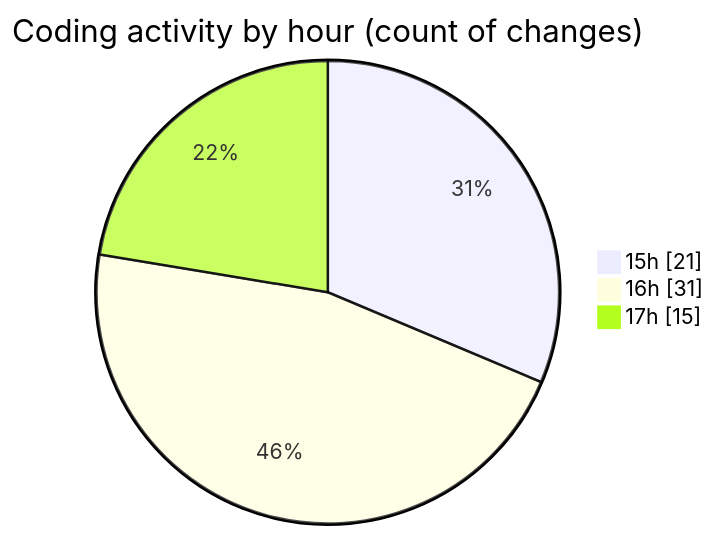
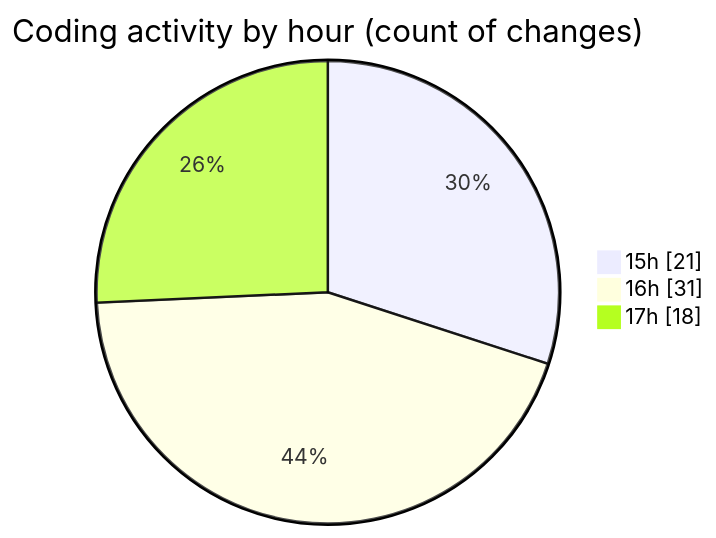
Before and after one commit to NitaiMahat/code-tracking: the second of 2 diagrams in 2025-01-26/results-summary-component-main/README.md, drawn with Mermaid. The commit also changed other lines of this file and 1 other file, not shown here.

````diff
--- a/2025-01-26/results-summary-component-main/README.md
+++ b/2025-01-26/results-summary-component-main/README.md
@@ -30,7 +30,7 @@
 ```mermaid
 pie showData
 title Coding activity by hour (count of changes)
 "15h" : 21
 "16h" : 31
-"17h" : 15
+"17h" : 18
 ```
````
